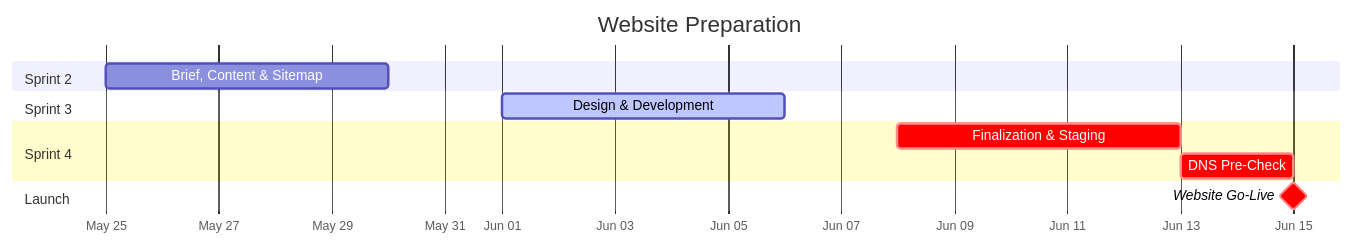
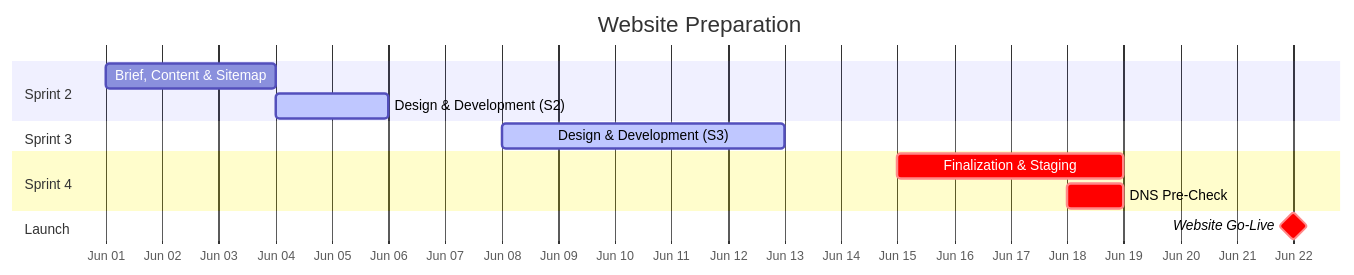
Before and after one commit to joachimtrungtuan/hairline-pm-docs: the second of 8 diagrams in product-plans/2026-05-13/launch-plan.md, drawn with Mermaid. The commit also changed other lines of this file, not shown here.

````diff
--- a/product-plans/2026-05-13/launch-plan.md
+++ b/product-plans/2026-05-13/launch-plan.md
@@ -106,20 +122,21 @@
 ```mermaid
 gantt
     title Website Preparation
     dateFormat YYYY-MM-DD
     axisFormat %b %d
-    tickInterval 1d
+    tickInterval 1day
 
     section Sprint 2
-    Brief, Content & Sitemap     :web1, 2026-05-25, 5d
+    Brief, Content & Sitemap     :web1, 2026-06-01, 3d
+    Design & Development (S2)    :active, web2a, 2026-06-04, 2d
 
     section Sprint 3
-    Design & Development         :active, web2, 2026-06-01, 5d
+    Design & Development (S3)    :active, web2b, 2026-06-08, 5d
 
     section Sprint 4
-    Finalization & Staging       :crit, web3, 2026-06-08, 5d
-    DNS Pre-Check                :crit, webdns, 2026-06-13, 2d
+    Finalization & Staging       :crit, web3, 2026-06-15, 4d
+    DNS Pre-Check                :crit, webdns, 2026-06-18, 1d
 
     section Launch
-    Website Go-Live              :crit, milestone, 2026-06-15, 0d
+    Website Go-Live              :crit, milestone, 2026-06-22, 0d
 ```
````
